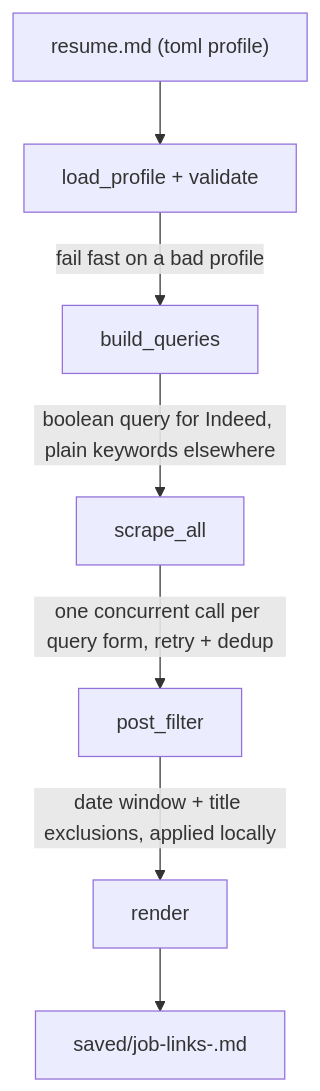
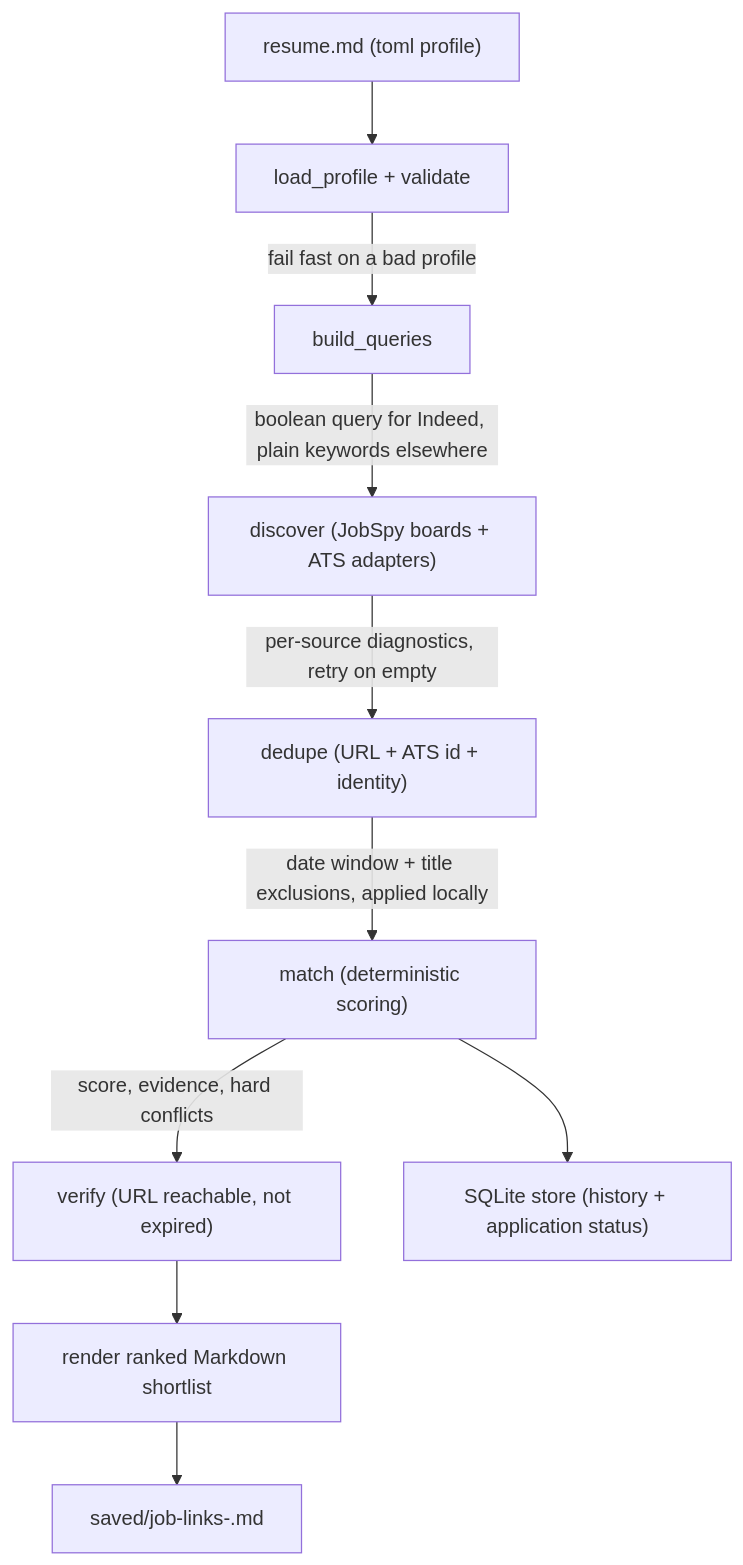
The diagram in README.md (khadarbashajilan/JobSearch-Pipeline), drawn with Mermaid before and after one commit. The commit also changed other lines of this file and 40 other files, not shown here.

````diff
--- a/README.md
+++ b/README.md
@@ -36,9 +19,12 @@
 ```mermaid
 flowchart TD
     A["resume.md (toml profile)"] --> B["load_profile + validate"]
     B -->|"fail fast on a bad profile"| C["build_queries"]
-    C -->|"boolean query for Indeed, plain keywords elsewhere"| D["scrape_all"]
-    D -->|"one concurrent call per query form, retry + dedup"| E["post_filter"]
-    E -->|"date window + title exclusions, applied locally"| F["render"]
-    F --> G["saved/job-links-<timestamp>.md"]
+    C -->|"boolean query for Indeed, plain keywords elsewhere"| D["discover (JobSpy boards + ATS adapters)"]
+    D -->|"per-source diagnostics, retry on empty"| E["dedupe (URL + ATS id + identity)"]
+    E -->|"date window + title exclusions, applied locally"| F["match (deterministic scoring)"]
+    F -->|"score, evidence, hard conflicts"| G["verify (URL reachable, not expired)"]
+    G --> H["render ranked Markdown shortlist"]
+    H --> I["saved/job-links-<timestamp>.md"]
+    F --> J["SQLite store (history + application status)"]
 ```
````
